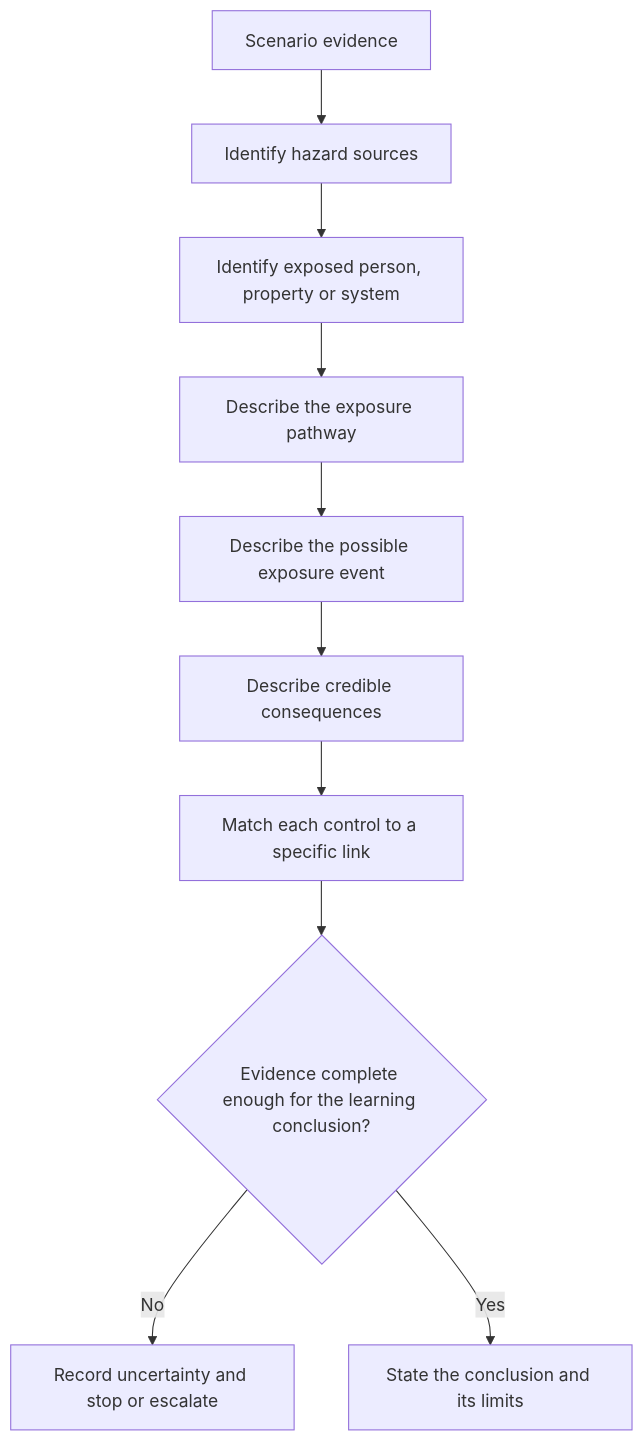
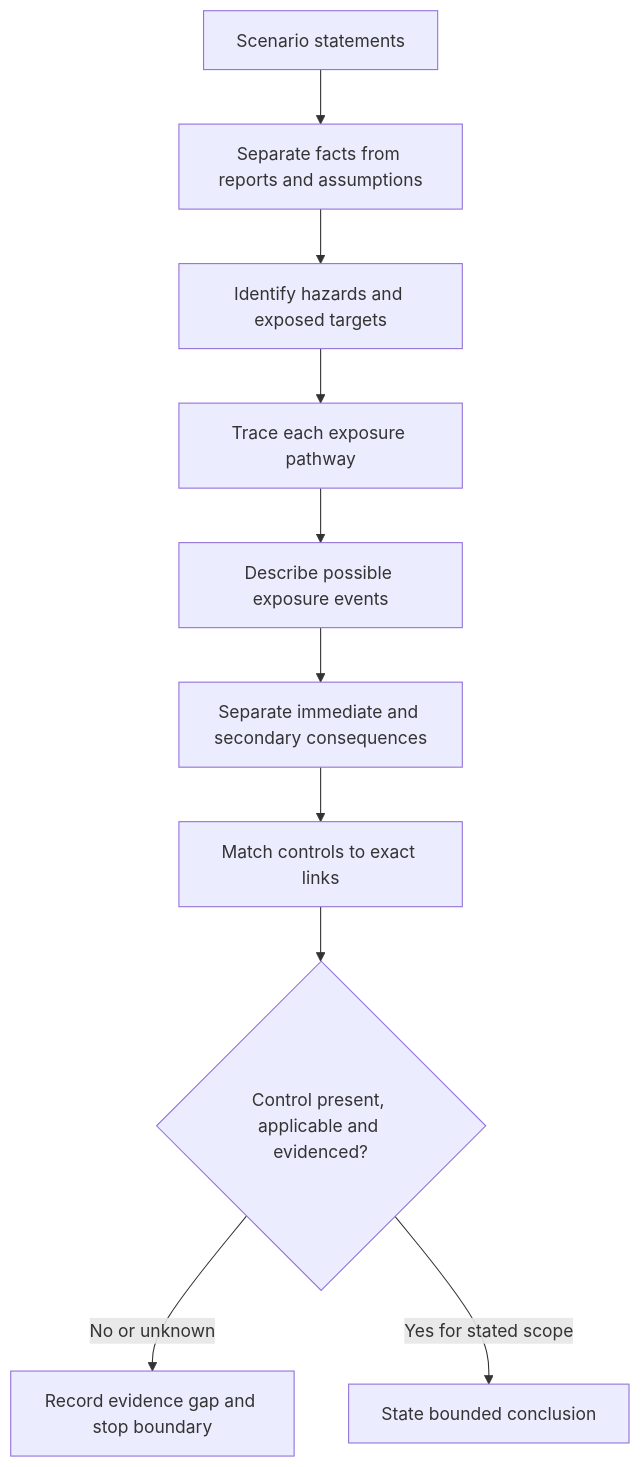
The first of 2 diagrams in docs/learning-plans/12-week/modules/day-02-electrical-hazards-exposure-pathways-and-consequence-reasoning.md (andrew3stedall/capstone), drawn with Mermaid before and after one commit. The commit also changed other lines of this file, not shown here.

Commit message:
Quality pass Day 2 hazard consequence reasoning

````diff
--- a/docs/learning-plans/12-week/modules/day-02-electrical-hazards-exposure-pathways-and-consequence-reasoning.md
+++ b/docs/learning-plans/12-week/modules/day-02-electrical-hazards-exposure-pathways-and-consequence-reasoning.md
@@ -118,12 +131,12 @@
 ```mermaid
 flowchart TD
-    A["Scenario evidence"] --> B["Identify hazard sources"]
-    B --> C["Identify exposed person, property or system"]
-    C --> D["Describe the exposure pathway"]
-    D --> E["Describe the possible exposure event"]
-    E --> F["Describe credible consequences"]
-    F --> G["Match each control to a specific link"]
-    G --> H{"Evidence complete enough for the learning conclusion?"}
-    H -->|"No"| I["Record uncertainty and stop or escalate"]
-    H -->|"Yes"| J["State the conclusion and its limits"]
+    A["Scenario statements"] --> B["Separate facts from reports and assumptions"]
+    B --> C["Identify hazards and exposed targets"]
+    C --> D["Trace each exposure pathway"]
+    D --> E["Describe possible exposure events"]
+    E --> F["Separate immediate and secondary consequences"]
+    F --> G["Match controls to exact links"]
+    G --> H{"Control present, applicable and evidenced?"}
+    H -->|"No or unknown"| I["Record evidence gap and stop boundary"]
+    H -->|"Yes for stated scope"| J["State bounded conclusion"]
 ```
````
